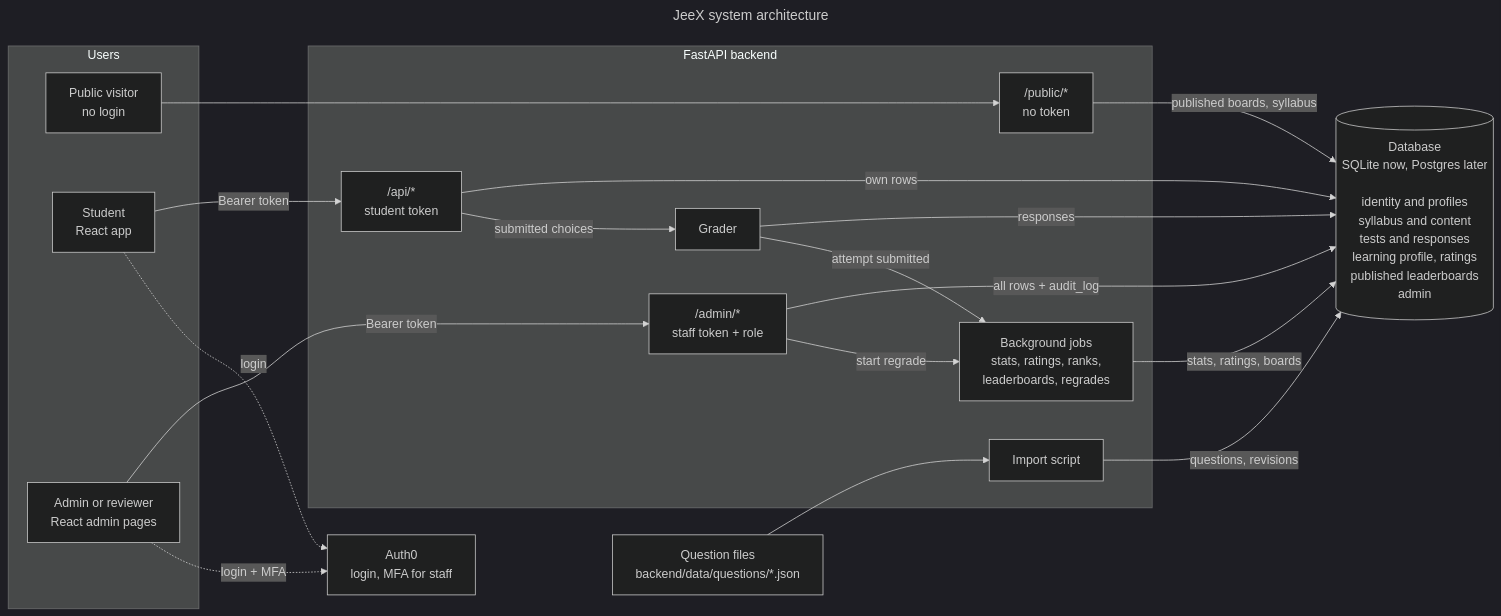
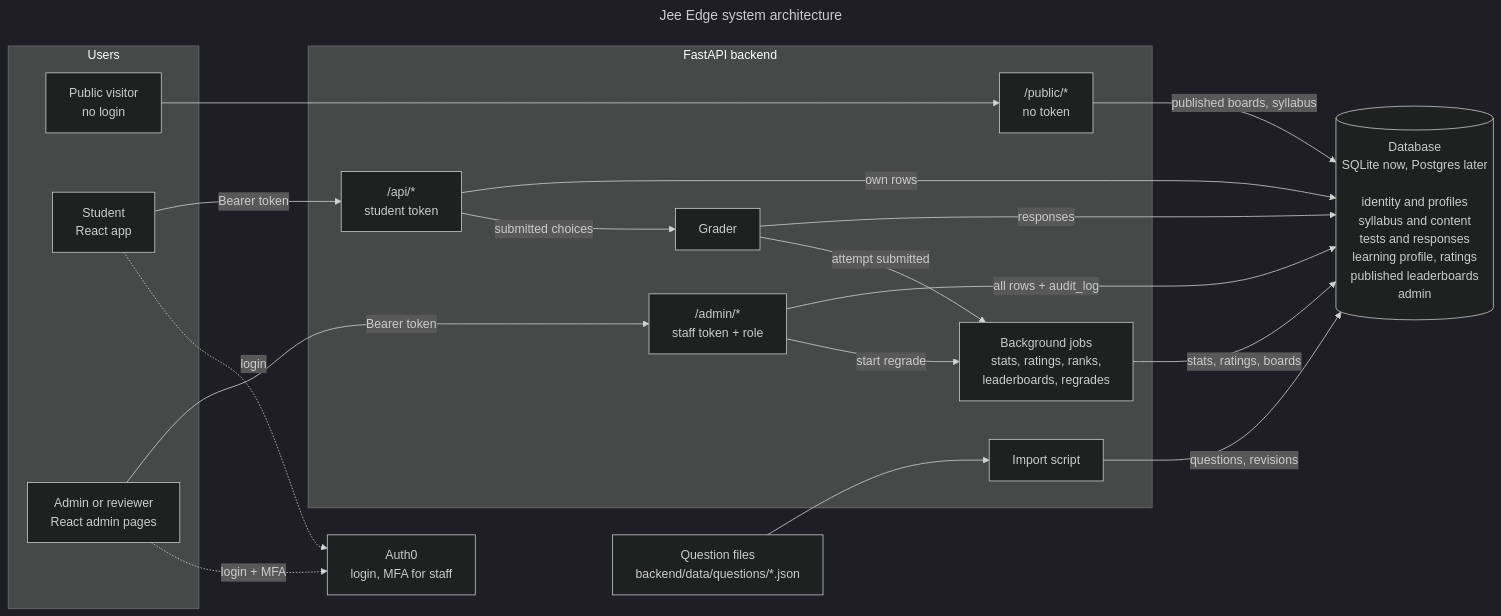
One commit to Prathmeshm13/Jee-X changed the diagram in arch/mermaid/01-system-architecture.mmd. Above: the diagram before and after it, drawn with Mermaid (dark theme). The commit also changed 82 other files, not shown here.

```diff
--- a/arch/mermaid/01-system-architecture.mmd
+++ b/arch/mermaid/01-system-architecture.mmd
@@ -1,40 +1,40 @@
 ---
-title: "JeeX system architecture"
+title: "Jee Edge system architecture"
 ---
 flowchart LR
     subgraph people["Users"]
         visitor["Public visitor<br/>no login"]
         student["Student<br/>React app"]
         staff["Admin or reviewer<br/>React admin pages"]
     end
 
     subgraph api["FastAPI backend"]
         pub["/public/*<br/>no token"]
         stu["/api/*<br/>student token"]
         adm["/admin/*<br/>staff token + role"]
         importer["Import script"]
         grader["Grader"]
         jobs["Background jobs<br/>stats, ratings, ranks,<br/>leaderboards, regrades"]
     end
 
     files["Question files<br/>backend/data/questions/*.json"]
     auth0["Auth0<br/>login, MFA for staff"]
     db[("Database<br/>SQLite now, Postgres later<br/><br/>identity and profiles<br/>syllabus and content<br/>tests and responses<br/>learning profile, ratings<br/>published leaderboards<br/>admin")]
 
     student -. "login" .-> auth0
     staff -. "login + MFA" .-> auth0
     visitor --> pub
     student -- "Bearer token" --> stu
     staff -- "Bearer token" --> adm
     files --> importer
 
     stu -- "submitted choices" --> grader
     grader -- "attempt submitted" --> jobs
     adm -- "start regrade" --> jobs
 
     pub -- "published boards, syllabus" --> db
     stu -- "own rows" --> db
     adm -- "all rows + audit_log" --> db
     importer -- "questions, revisions" --> db
     grader -- "responses" --> db
     jobs -- "stats, ratings, boards" --> db
```
